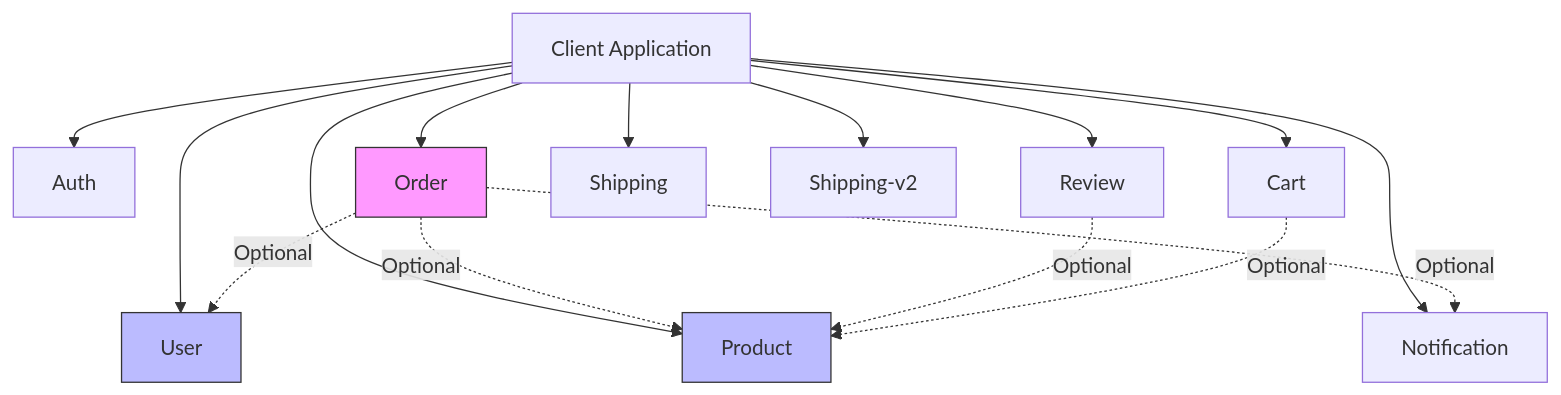
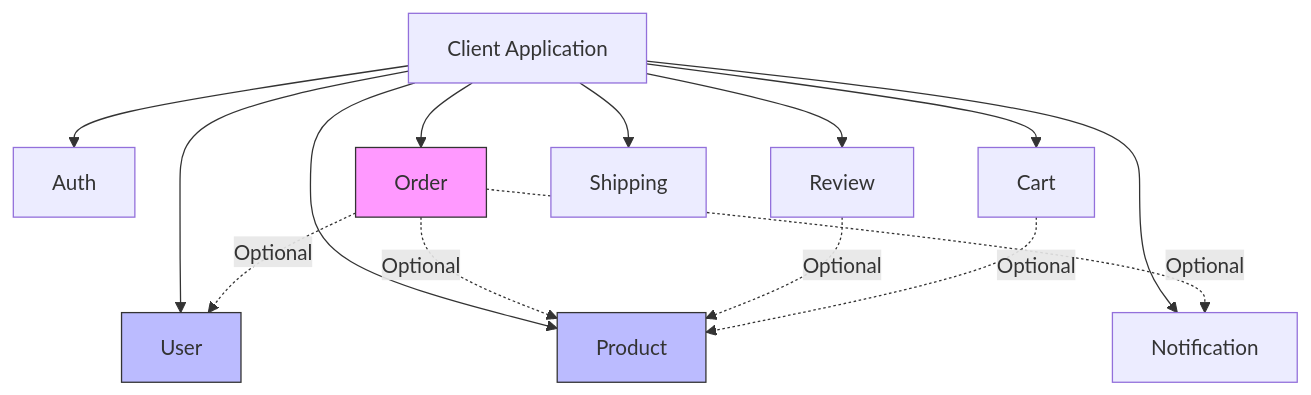
Before and after one commit to duynhlab/homelab: the fourth of 4 diagrams in specs/system-context/02-microservices.md, drawn with Mermaid. The commit also changed other lines of this file and 57 other files, not shown here.

````diff
--- a/specs/system-context/02-microservices.md
+++ b/specs/system-context/02-microservices.md
@@ -666,24 +553,23 @@
 ```mermaid
 flowchart TD
     Client[Client Application]
     
     Client --> Auth
     Client --> User
     Client --> Product
     Client --> Cart
     Client --> Order
     Client --> Review
     Client --> Notification
     Client --> Shipping
-    Client --> ShippingV2[Shipping-v2]
     
     Order -.->|Optional| Product
     Order -.->|Optional| User
     Order -.->|Optional| Notification
     Review -.->|Optional| Product
     Cart -.->|Optional| Product
     
     style Order fill:#f9f,stroke:#333
     style Product fill:#bbf,stroke:#333
     style User fill:#bbf,stroke:#333
 ```
````
